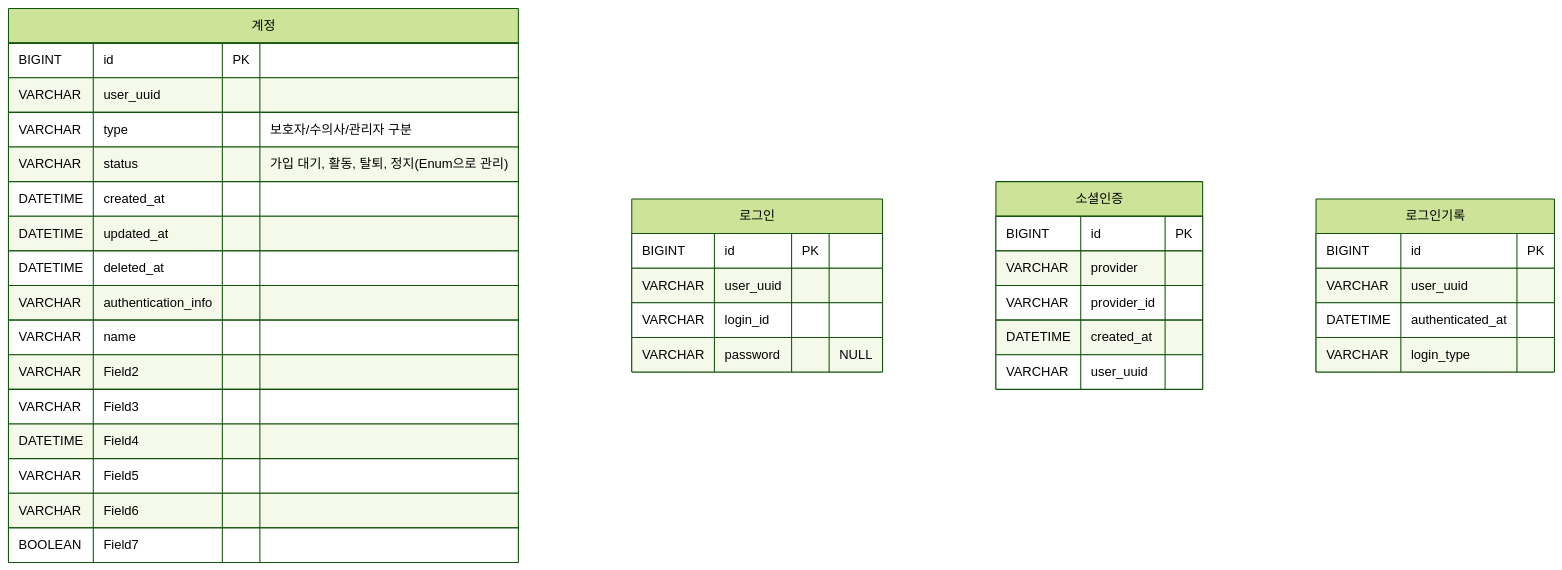
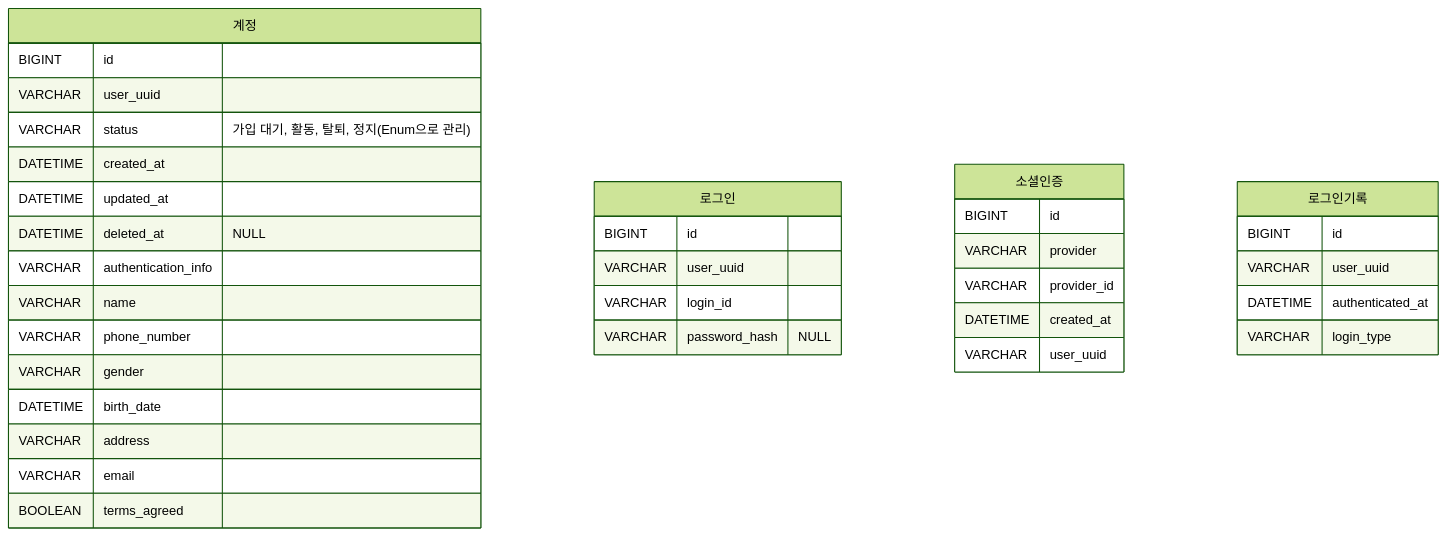
The first of 7 diagrams in docs/erd.md (louie-kury/louie-kury-document), drawn with Mermaid (forest theme) before and after one commit. The commit also changed other lines of this file, not shown here.

Commit message:
docs: 계정·인증 ERD 갱신

````diff
--- a/docs/erd.md
+++ b/docs/erd.md
@@ -41,39 +41,38 @@
 ```mermaid
 erDiagram
     "계정" {
-        BIGINT id PK
+        BIGINT id
         VARCHAR user_uuid
-        VARCHAR type "보호자/수의사/관리자  구분"
         VARCHAR status "가입 대기, 활동, 탈퇴, 정지(Enum으로 관리)"
         DATETIME created_at
         DATETIME updated_at
-        DATETIME deleted_at
+        DATETIME deleted_at "NULL"
         VARCHAR authentication_info
         VARCHAR name
-        VARCHAR Field2
-        VARCHAR Field3
-        DATETIME Field4
-        VARCHAR Field5
-        VARCHAR Field6
-        BOOLEAN Field7
+        VARCHAR phone_number
+        VARCHAR gender
+        DATETIME birth_date
+        VARCHAR address
+        VARCHAR email
+        BOOLEAN terms_agreed
     }
     "로그인" {
-        BIGINT id PK
+        BIGINT id
         VARCHAR user_uuid
         VARCHAR login_id
-        VARCHAR password "NULL"
+        VARCHAR password_hash "NULL"
     }
     "소셜인증" {
-        BIGINT id PK
+        BIGINT id
         VARCHAR provider
         VARCHAR provider_id
         DATETIME created_at
         VARCHAR user_uuid
     }
     "로그인기록" {
-        BIGINT id PK
+        BIGINT id
         VARCHAR user_uuid
         DATETIME authenticated_at
         VARCHAR login_type
     }
 ```
````
